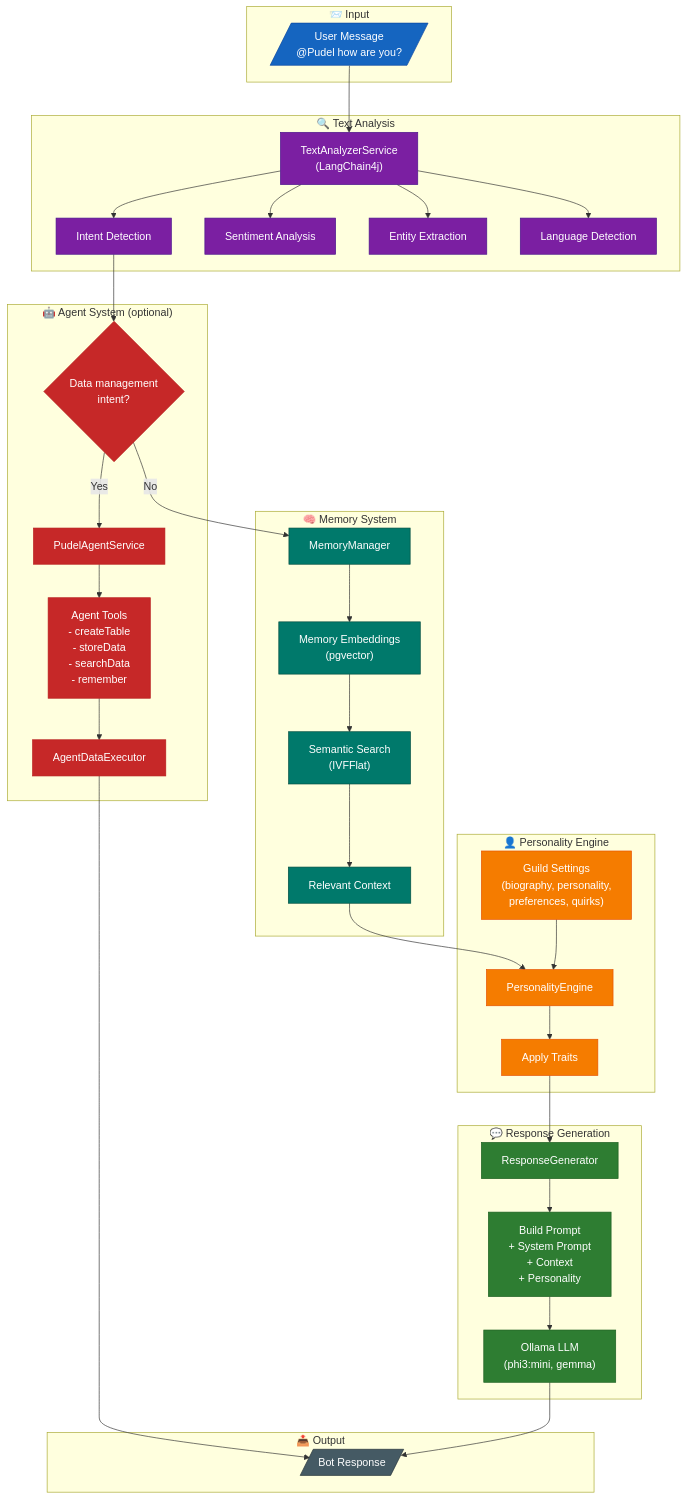
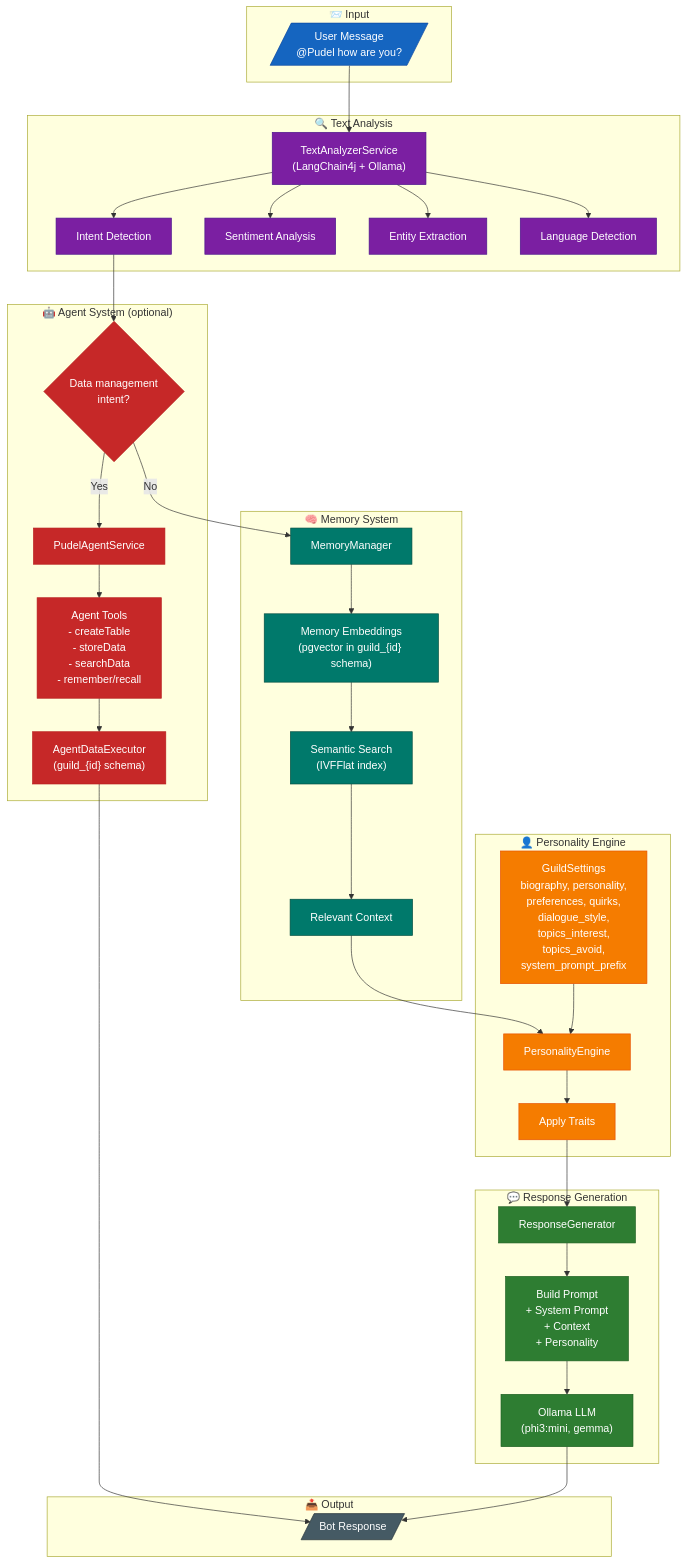
Before and after one commit to Zazalng/Pudel-Spring-Boot: the diagram in docs/flowchart/architecture/PudelBrain.mermaid, drawn with Mermaid. The commit also changed 213 other files, not shown here.

First line of the commit message:
Implements v2.1.1-rc1  - Plugin isolation: Each guild can disable plugin from admin enabled pool  - Dynamic Branding: Allow fork / self-hosted to describe branding name without touch coding  - Rewrite architecture docs  - OpenAPI Swagger UI

```diff
--- a/docs/flowchart/architecture/PudelBrain.mermaid
+++ b/docs/flowchart/architecture/PudelBrain.mermaid
@@ -1,89 +1,89 @@
-%% Pudel Brain Architecture v2.0.0
+%% Pudel Brain Architecture vWorld Standard.group
 
 flowchart TD
     subgraph Input["📨 Input"]
         MESSAGE[/"User Message<br/>@Pudel how are you?"/]
     end
 
     subgraph Analysis["🔍 Text Analysis"]
-        ANALYZER["TextAnalyzerService<br/>(LangChain4j)"]
+        ANALYZER["TextAnalyzerService<br/>(LangChain4j + Ollama)"]
         INTENT["Intent Detection"]
         SENTIMENT["Sentiment Analysis"]
         ENTITIES["Entity Extraction"]
         LANGUAGE["Language Detection"]
     end
 
     subgraph Memory["🧠 Memory System"]
         MEMORY_MGR["MemoryManager"]
-        EMBEDDINGS["Memory Embeddings<br/>(pgvector)"]
-        SEMANTIC["Semantic Search<br/>(IVFFlat)"]
+        EMBEDDINGS["Memory Embeddings<br/>(pgvector in guild_{id} schema)"]
+        SEMANTIC["Semantic Search<br/>(IVFFlat index)"]
         CONTEXT["Relevant Context"]
     end
 
     subgraph Personality["👤 Personality Engine"]
         PERSONALITY_ENGINE["PersonalityEngine"]
-        GUILD_SETTINGS["Guild Settings<br/>(biography, personality,<br/>preferences, quirks)"]
+        GUILD_SETTINGS["GuildSettings<br/>biography, personality,<br/>preferences, quirks,<br/>dialogue_style,<br/>topics_interest,<br/>topics_avoid,<br/>system_prompt_prefix"]
         TRAITS["Apply Traits"]
     end
 
     subgraph Generation["💬 Response Generation"]
         RESPONSE_GEN["ResponseGenerator"]
         PROMPT["Build Prompt<br/>+ System Prompt<br/>+ Context<br/>+ Personality"]
         OLLAMA["Ollama LLM<br/>(phi3:mini, gemma)"]
     end
 
     subgraph Agent["🤖 Agent System (optional)"]
         AGENT_CHECK{"Data management<br/>intent?"}
         AGENT_SVC["PudelAgentService"]
-        AGENT_TOOLS["Agent Tools<br/>- createTable<br/>- storeData<br/>- searchData<br/>- remember"]
-        EXECUTOR["AgentDataExecutor"]
+        AGENT_TOOLS["Agent Tools<br/>- createTable<br/>- storeData<br/>- searchData<br/>- remember/recall"]
+        EXECUTOR["AgentDataExecutor<br/>(guild_{id} schema)"]
     end
 
     subgraph Output["📤 Output"]
         RESPONSE[/"Bot Response"/]
     end
 
     %% Flow
     MESSAGE --> ANALYZER
     ANALYZER --> INTENT
     ANALYZER --> SENTIMENT
     ANALYZER --> ENTITIES
     ANALYZER --> LANGUAGE
 
     INTENT --> AGENT_CHECK
 
     AGENT_CHECK -->|"Yes"| AGENT_SVC
     AGENT_SVC --> AGENT_TOOLS
     AGENT_TOOLS --> EXECUTOR
     EXECUTOR --> RESPONSE
 
     AGENT_CHECK -->|"No"| MEMORY_MGR
     MEMORY_MGR --> EMBEDDINGS
     EMBEDDINGS --> SEMANTIC
     SEMANTIC --> CONTEXT
 
     CONTEXT --> PERSONALITY_ENGINE
     GUILD_SETTINGS --> PERSONALITY_ENGINE
     PERSONALITY_ENGINE --> TRAITS
 
     TRAITS --> RESPONSE_GEN
     RESPONSE_GEN --> PROMPT
     PROMPT --> OLLAMA
     OLLAMA --> RESPONSE
 
     %% Styling
     classDef input fill:#1565c0,stroke:#0d47a1,color:#fff
     classDef analysis fill:#7b1fa2,stroke:#4a148c,color:#fff
     classDef memory fill:#00796b,stroke:#004d40,color:#fff
     classDef personality fill:#f57c00,stroke:#e65100,color:#fff
     classDef generation fill:#2e7d32,stroke:#1b5e20,color:#fff
     classDef agent fill:#c62828,stroke:#b71c1c,color:#fff
     classDef output fill:#455a64,stroke:#263238,color:#fff
 
     class MESSAGE input
     class ANALYZER,INTENT,SENTIMENT,ENTITIES,LANGUAGE analysis
     class MEMORY_MGR,EMBEDDINGS,SEMANTIC,CONTEXT memory
     class PERSONALITY_ENGINE,GUILD_SETTINGS,TRAITS personality
     class RESPONSE_GEN,PROMPT,OLLAMA generation
     class AGENT_CHECK,AGENT_SVC,AGENT_TOOLS,EXECUTOR agent
     class RESPONSE output
```
